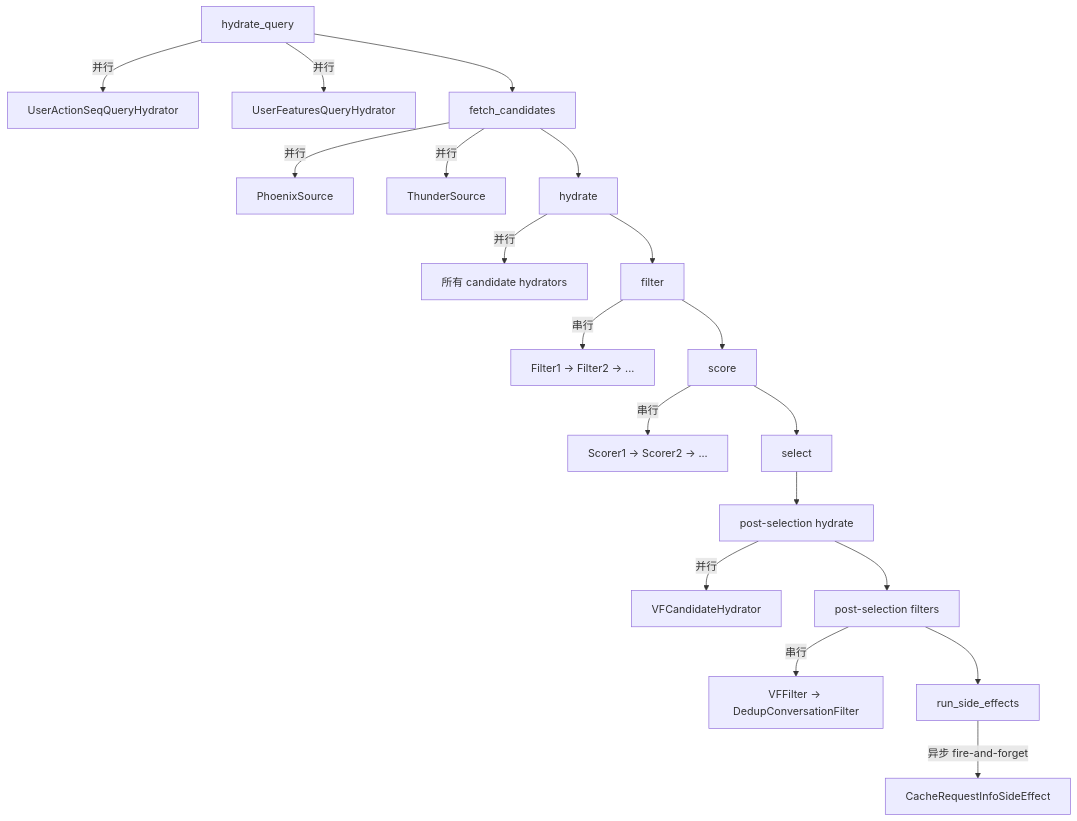
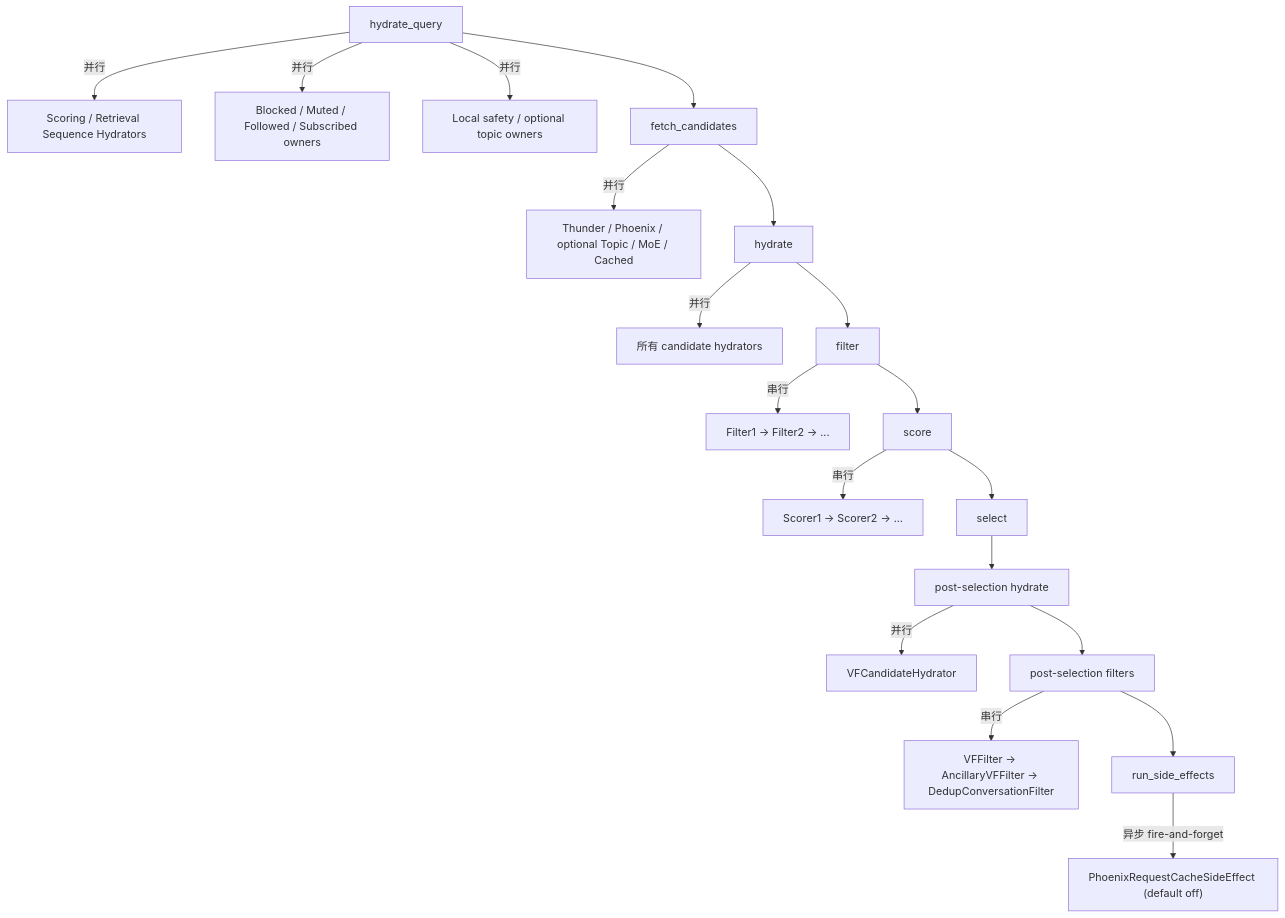
Before and after one commit to freefcw/x-algorithm: the third of 3 diagrams in docs/home-mixer/02-request-lifecycle.md, drawn with Mermaid. The commit also changed other lines of this file and 24 other files, not shown here.

````diff
--- a/docs/home-mixer/02-request-lifecycle.md
+++ b/docs/home-mixer/02-request-lifecycle.md
@@ -98,21 +102,21 @@
 ```mermaid
 flowchart TD
-    A["hydrate_query"] -->|"并行"| A1["UserActionSeqQueryHydrator"]
-    A -->|"并行"| A2["UserFeaturesQueryHydrator"]
+    A["hydrate_query"] -->|"并行"| A1["Scoring / Retrieval Sequence Hydrators"]
+    A -->|"并行"| A2["Blocked / Muted / Followed / Subscribed owners"]
+    A -->|"并行"| A3["Local safety / optional topic owners"]
     A --> B["fetch_candidates"]
-    B -->|"并行"| B1["PhoenixSource"]
-    B -->|"并行"| B2["ThunderSource"]
+    B -->|"并行"| B1["Thunder / Phoenix / optional Topic / MoE / Cached"]
     B --> C["hydrate"]
     C -->|"并行"| C1["所有 candidate hydrators"]
     C --> D["filter"]
     D -->|"串行"| D1["Filter1 -> Filter2 -> ..."]
     D --> E["score"]
     E -->|"串行"| E1["Scorer1 -> Scorer2 -> ..."]
     E --> F["select"]
     F --> G["post-selection hydrate"]
     G -->|"并行"| G1["VFCandidateHydrator"]
     G --> H["post-selection filters"]
-    H -->|"串行"| H1["VFFilter -> DedupConversationFilter"]
+    H -->|"串行"| H1["VFFilter -> AncillaryVFFilter -> DedupConversationFilter"]
     H --> I["run_side_effects"]
-    I -->|"异步 fire-and-forget"| I1["CacheRequestInfoSideEffect"]
+    I -->|"异步 fire-and-forget"| I1["PhoenixRequestCacheSideEffect (default off)"]
 ```
````
